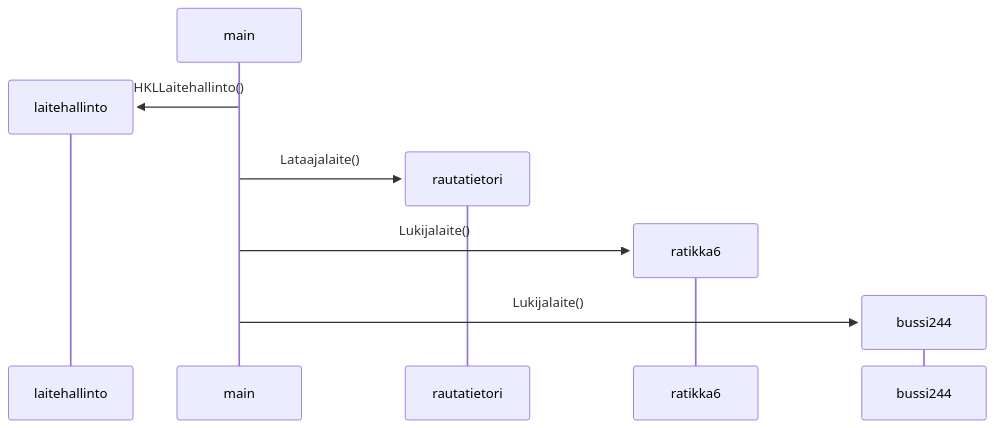
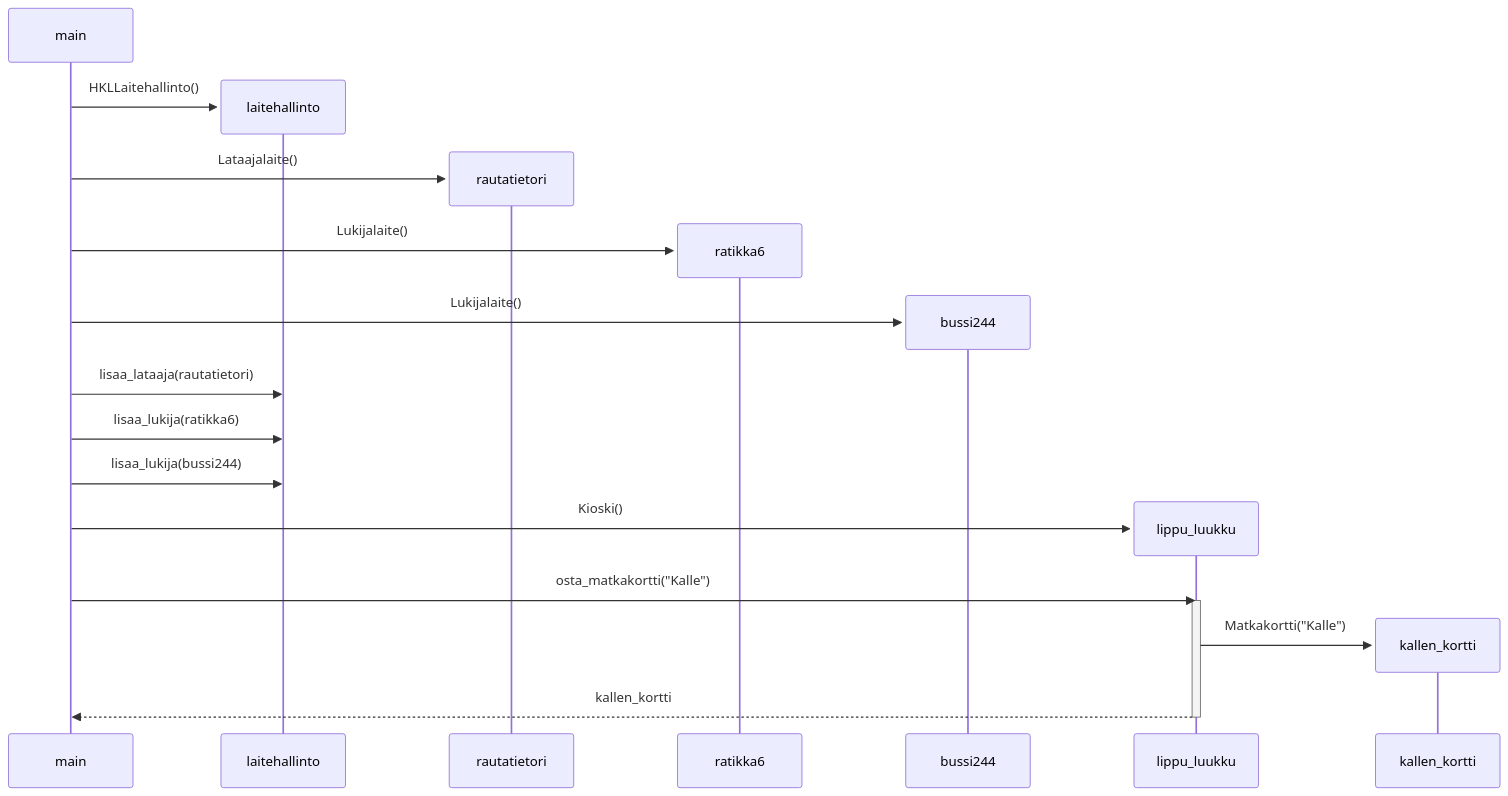
One commit to VSirvio/RaiseYourSword changed the diagram in laskarit/viikko3/hsl_sekvenssikaavio.md. Above: the diagram before and after it, drawn with Mermaid.

Commit message:
Add Kioski and Kortti to hsl_sekvenssikaavio.md

````diff
--- a/laskarit/viikko3/hsl_sekvenssikaavio.md
+++ b/laskarit/viikko3/hsl_sekvenssikaavio.md
@@ -1,11 +1,23 @@
 ```mermaid
 sequenceDiagram
+    create participant main
     create participant laitehallinto
     main->>laitehallinto: HKLLaitehallinto()
     create participant rautatietori
     main->>rautatietori: Lataajalaite()
     create participant ratikka6
     main->>ratikka6: Lukijalaite()
     create participant bussi244
     main->>bussi244: Lukijalaite()
+    main->>laitehallinto: lisaa_lataaja(rautatietori)
+    main->>laitehallinto: lisaa_lukija(ratikka6)
+    main->>laitehallinto: lisaa_lukija(bussi244)
+    create participant lippu_luukku
+    main->>lippu_luukku: Kioski()
+    main->>lippu_luukku: osta_matkakortti("Kalle")
+    activate lippu_luukku
+    create participant kallen_kortti
+    lippu_luukku->>kallen_kortti: Matkakortti("Kalle")
+    lippu_luukku-->>main: kallen_kortti
+    deactivate lippu_luukku
 ```
````
